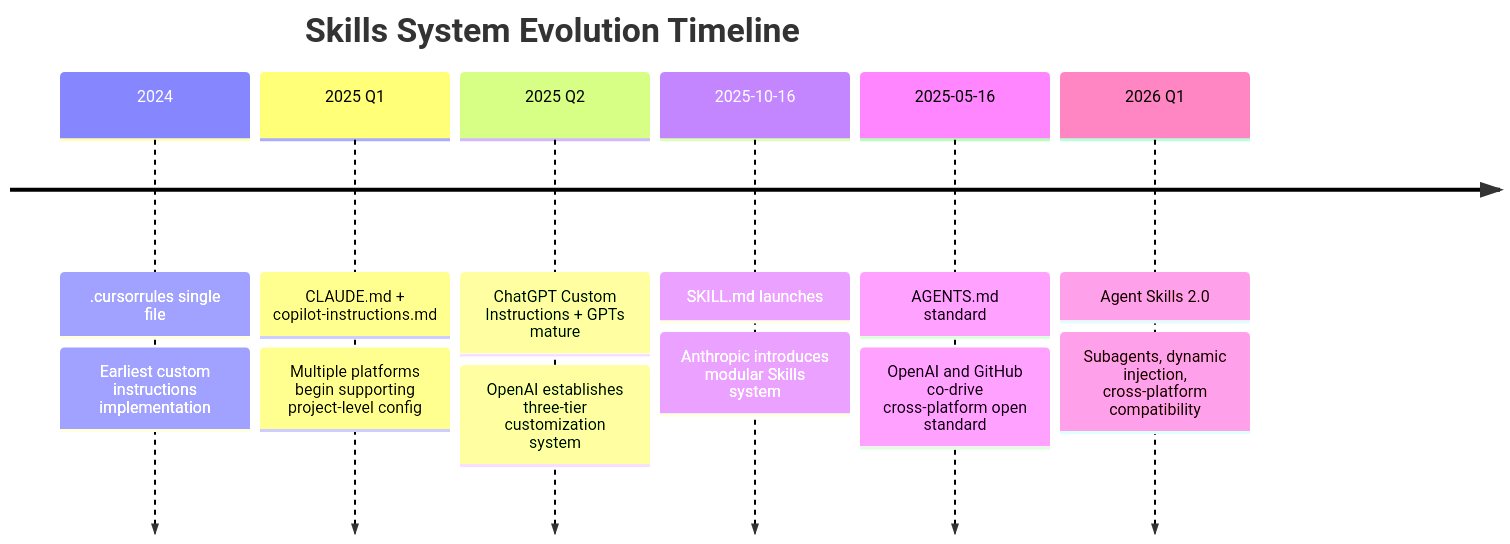
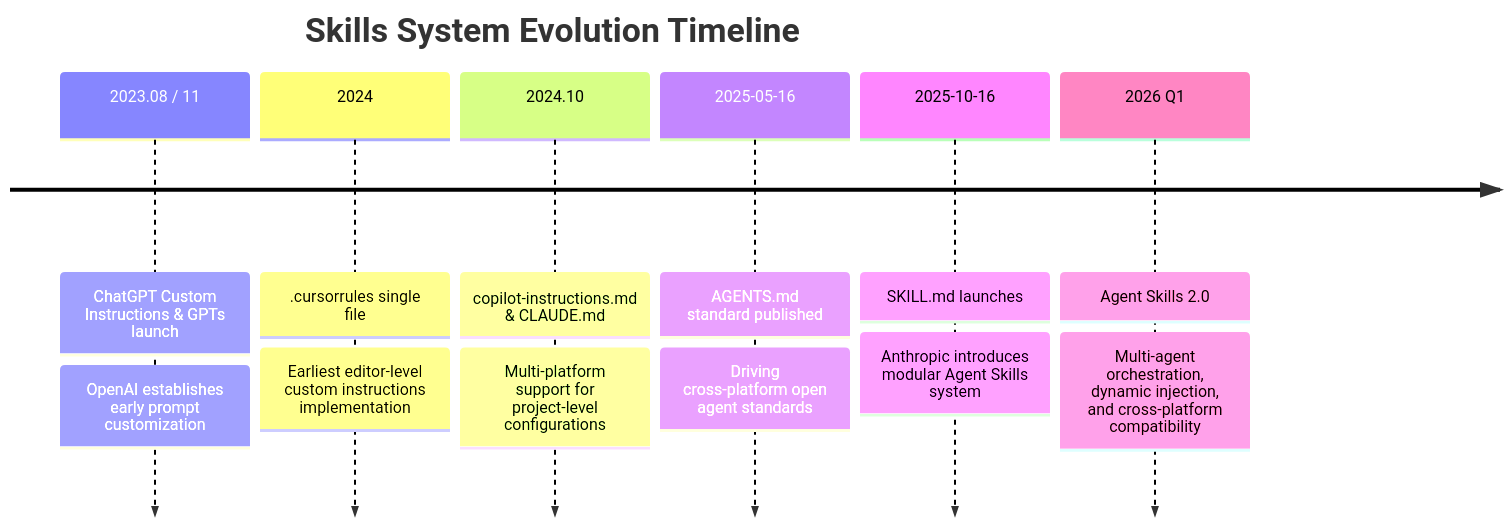
The seventh of 8 diagrams in content/en/articles/skills-guide.en.md (ifnodoraemon/ifnodoraemon.github.io), drawn with Mermaid before and after one commit. The commit also changed 17 other files, not shown here.

````diff
--- a/content/en/articles/skills-guide.en.md
+++ b/content/en/articles/skills-guide.en.md
@@ -551,10 +551,10 @@
 ```mermaid
 timeline
     title Skills System Evolution Timeline
-    2024 : .cursorrules single file : Earliest custom instructions implementation
-    2025 Q1 : CLAUDE.md + copilot-instructions.md : Multiple platforms begin supporting project-level config
-    2025 Q2 : ChatGPT Custom Instructions + GPTs mature : OpenAI establishes three-tier customization system
-    2025-10-16 : SKILL.md launches : Anthropic introduces modular Skills system
-    2025-05-16 : AGENTS.md standard : OpenAI and GitHub co-drive cross-platform open standard
-    2026 Q1 : Agent Skills 2.0 : Subagents, dynamic injection, cross-platform compatibility
+    2023.08 / 11 : ChatGPT Custom Instructions & GPTs launch : OpenAI establishes early prompt customization
+    2024 : .cursorrules single file : Earliest editor-level custom instructions implementation
+    2024.10 : copilot-instructions.md & CLAUDE.md : Multi-platform support for project-level configurations
+    2025-05-16 : AGENTS.md standard published : Driving cross-platform open agent standards
+    2025-10-16 : SKILL.md launches : Anthropic introduces modular Agent Skills system
+    2026 Q1 : Agent Skills 2.0 : Multi-agent orchestration, dynamic injection, and cross-platform compatibility
 ```
````
